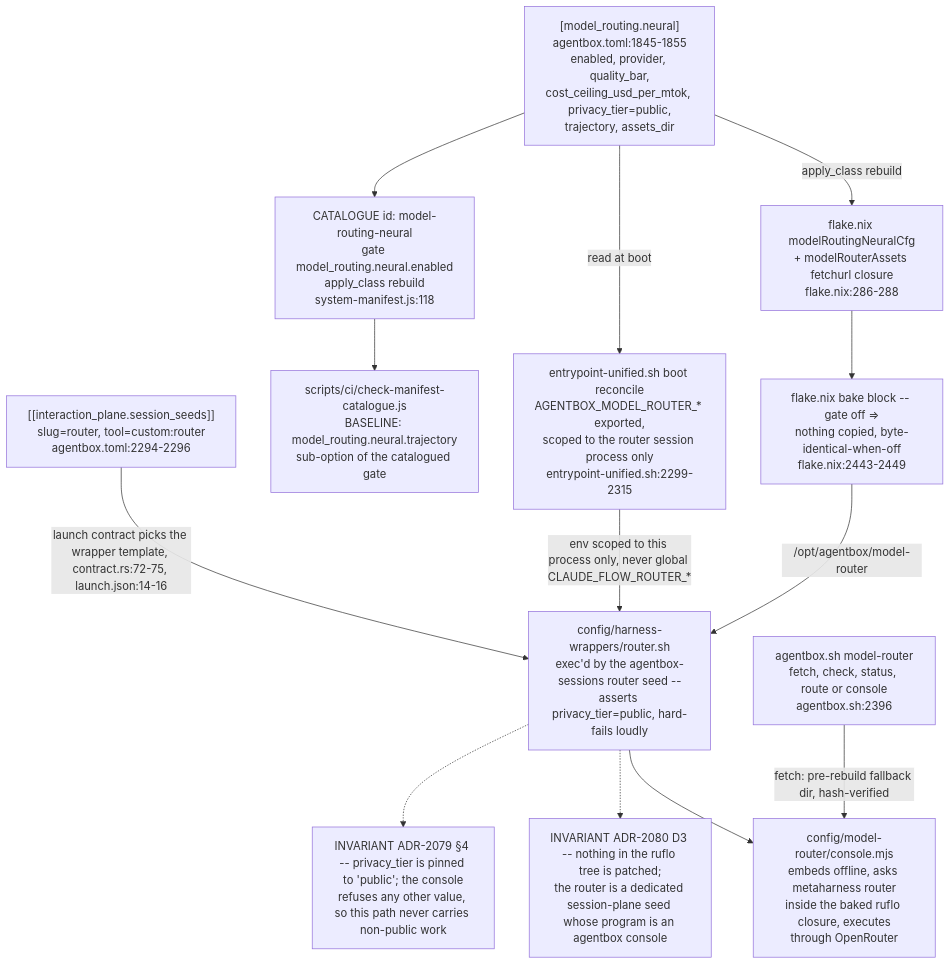
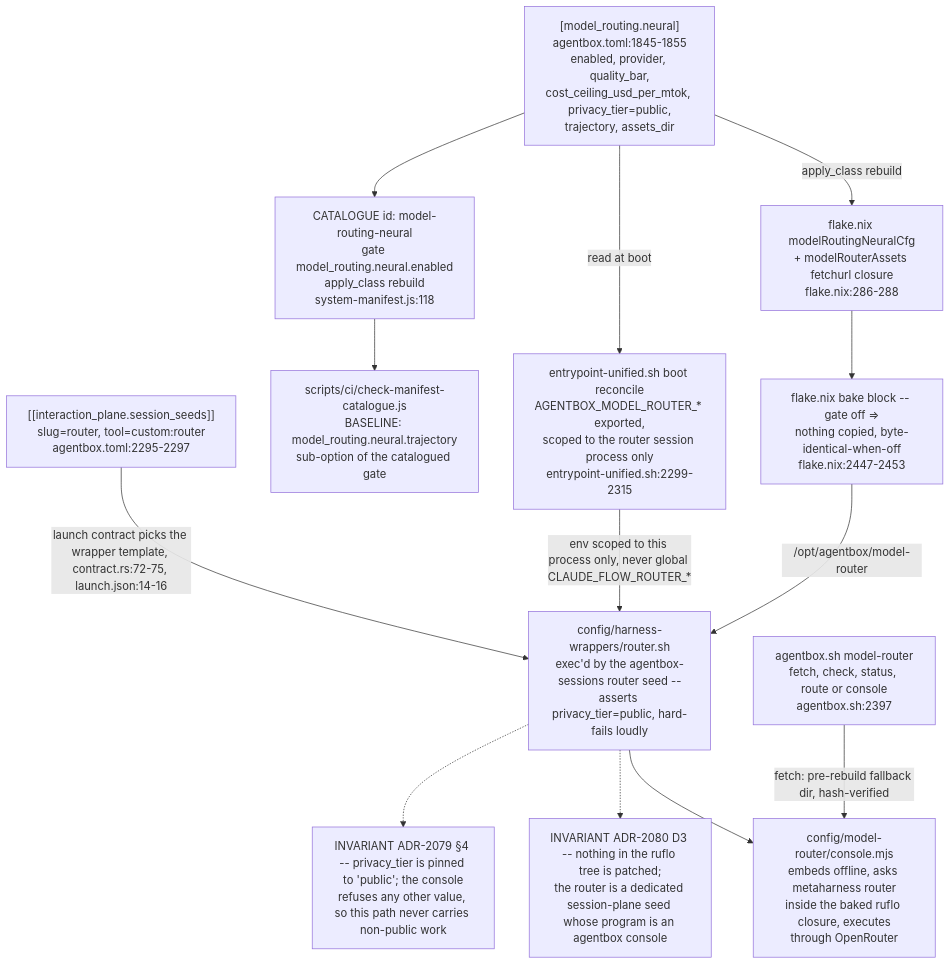
Before and after one commit to DreamLab-AI/VisionFlow: diagram 14 of 17 in docs/diagrams/agentbox/15-capability-gating-spend-consultants.md, drawn with Mermaid. The commit also changed other lines of this file and 6 other files, not shown here.

First line of the commit message:
docs(diagrams): agentbox pass B at agentbox 1ea5494 (PRs #52, #53)

````diff
--- a/docs/diagrams/agentbox/15-capability-gating-spend-consultants.md
+++ b/docs/diagrams/agentbox/15-capability-gating-spend-consultants.md
@@ -696,29 +699,29 @@
 ```mermaid
 flowchart TD
     T["[model_routing.neural]<br/>agentbox.toml:1845-1855<br/>enabled, provider, quality_bar,<br/>cost_ceiling_usd_per_mtok, privacy_tier=public,<br/>trajectory, assets_dir"]
-    SEED["[[interaction_plane.session_seeds]]<br/>slug=router, tool=custom:router<br/>agentbox.toml:2294-2296"]
+    SEED["[[interaction_plane.session_seeds]]<br/>slug=router, tool=custom:router<br/>agentbox.toml:2295-2297"]
     CAT["CATALOGUE id: model-routing-neural<br/>gate model_routing.neural.enabled<br/>apply_class rebuild<br/>system-manifest.js:118"]
     NIX["flake.nix modelRoutingNeuralCfg<br/>+ modelRouterAssets fetchurl closure<br/>flake.nix:286-288"]
-    BAKE["flake.nix bake block -- gate off ⇒<br/>nothing copied, byte-identical-when-off<br/>flake.nix:2443-2449"]
+    BAKE["flake.nix bake block -- gate off ⇒<br/>nothing copied, byte-identical-when-off<br/>flake.nix:2447-2453"]
     ENTRY["entrypoint-unified.sh boot reconcile<br/>AGENTBOX_MODEL_ROUTER_* exported,<br/>scoped to the router session process only<br/>entrypoint-unified.sh:2299-2315"]
     WRAP["config/harness-wrappers/router.sh<br/>exec'd by the agentbox-sessions router seed --<br/>asserts privacy_tier=public, hard-fails loudly"]
     CONSOLE["config/model-router/console.mjs<br/>embeds offline, asks metaharness router<br/>inside the baked ruflo closure, executes<br/>through OpenRouter"]
-    CLI["agentbox.sh model-router<br/>fetch, check, status, route or console<br/>agentbox.sh:2396"]
+    CLI["agentbox.sh model-router<br/>fetch, check, status, route or console<br/>agentbox.sh:2397"]
     CATCHECK["scripts/ci/check-manifest-catalogue.js<br/>BASELINE: model_routing.neural.trajectory<br/>sub-option of the catalogued gate"]
 
     T -->|"apply_class rebuild"| NIX
     NIX --> BAKE
     BAKE -->|"/opt/agentbox/model-router"| WRAP
     T -->|"read at boot"| ENTRY
     ENTRY -->|"env scoped to this process only, never global CLAUDE_FLOW_ROUTER_*"| WRAP
     SEED -->|"launch contract picks the wrapper template, contract.rs:72-75, launch.json:14-16"| WRAP
     WRAP --> CONSOLE
     CLI -->|"fetch: pre-rebuild fallback dir, hash-verified"| CONSOLE
     T --> CAT
     CAT --> CATCHECK
 
     NOTE1["INVARIANT ADR-2080 D3 -- nothing in the ruflo tree is patched;<br/>the router is a dedicated session-plane seed whose program is an agentbox console"]
     NOTE2["INVARIANT ADR-2079 §4 -- privacy_tier is pinned to 'public'; the console<br/>refuses any other value, so this path never carries non-public work"]
     WRAP -.-> NOTE1
     WRAP -.-> NOTE2
 ```
````
